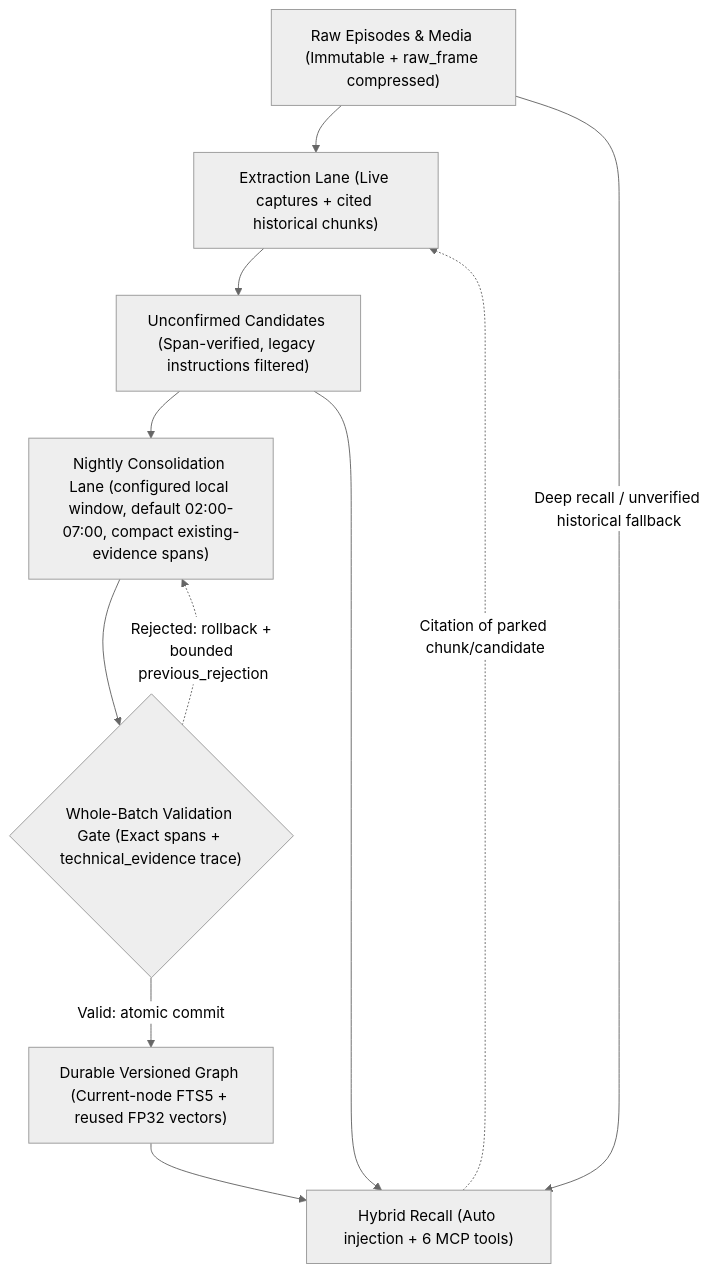
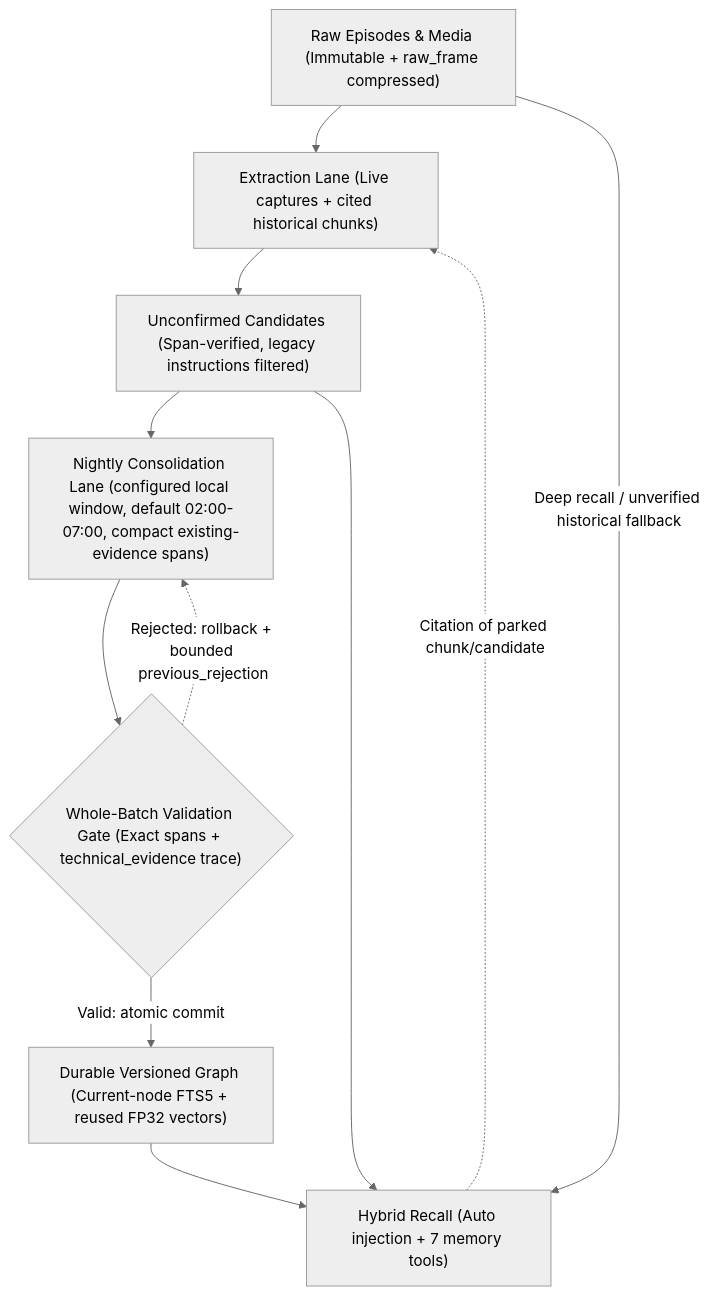
One commit to misunders2d/memento changed the second of 2 diagrams in README.md. Above: the diagram before and after it, drawn with Mermaid (neutral theme). The commit also changed other lines of this file and 21 other files, not shown here.

````diff
--- a/README.md
+++ b/README.md
@@ -56,15 +56,15 @@
 ```mermaid
 flowchart TB
     accTitle: From original conversation to verified memory and recall
     accDescr: Raw episodes are losslessly compressed and chunked. New captures flow through the shared processing API and local native agent, while an optional one-time historical cutover parks older backlog as searchable unverified history that promotes on demand when cited.
     H["Raw Episodes & Media (Immutable + raw_frame compressed)"] --> E["Extraction Lane (Live captures + cited historical chunks)"]
     E --> C["Unconfirmed Candidates (Span-verified, legacy instructions filtered)"]
     C --> N["Nightly Consolidation Lane (configured local window, default 02:00-07:00, compact existing-evidence spans)"]
     N --> V{"Whole-Batch Validation Gate (Exact spans + technical_evidence trace)"}
     V -->|"Valid: atomic commit"| M["Durable Versioned Graph (Current-node FTS5 + reused FP32 vectors)"]
     V -.->|"Rejected: rollback + bounded previous_rejection"| N
-    C --> R["Hybrid Recall (Auto injection + 6 MCP tools)"]
+    C --> R["Hybrid Recall (Auto injection + 7 memory tools)"]
     M --> R
     H -->|"Deep recall / unverified historical fallback"| R
     R -.->|"Citation of parked chunk/candidate"| E
 ```
````
